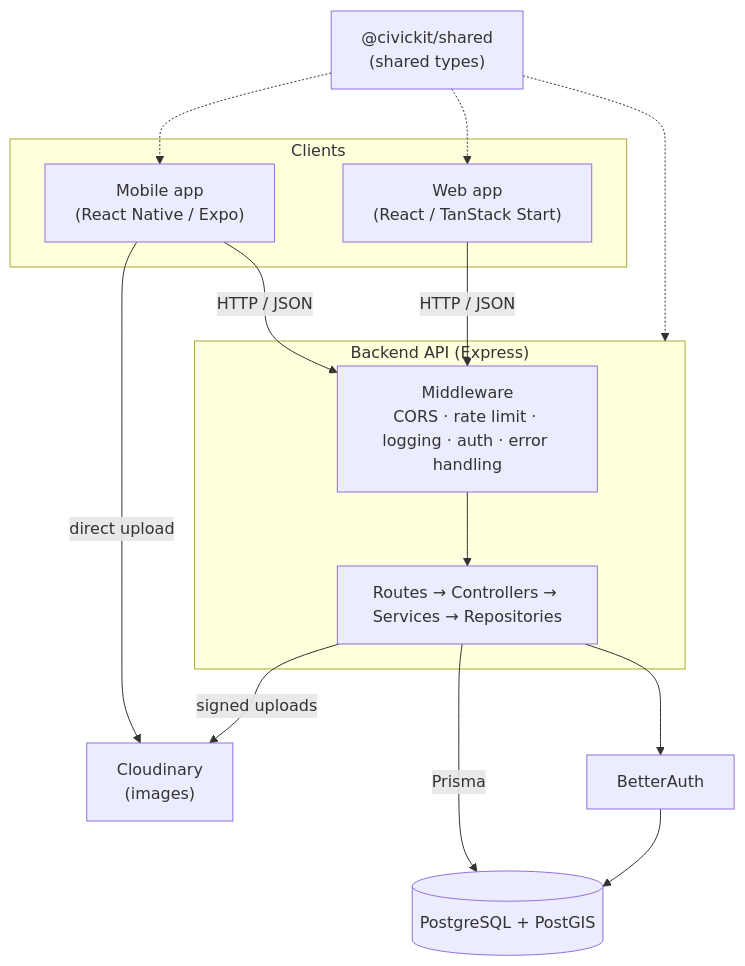
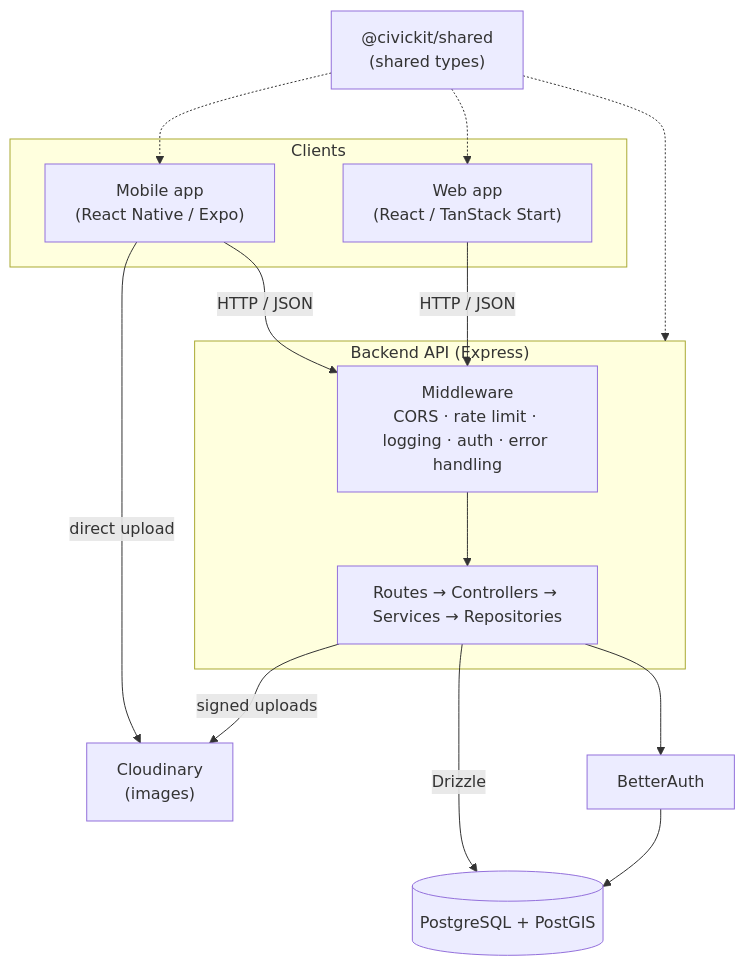
The first of 3 diagrams in docs/ARCHITECTURE.md (oss-slu/civickit), drawn with Mermaid before and after one commit. The commit also changed other lines of this file and 1 other file, not shown here.

First line of the commit message:
docs: point the architecture and setup docs at Drizzle

````diff
--- a/docs/ARCHITECTURE.md
+++ b/docs/ARCHITECTURE.md
@@ -26,31 +26,31 @@
 ```mermaid
 flowchart TD
     subgraph Clients
         M["Mobile app<br/>(React Native / Expo)"]
         W["Web app<br/>(React / TanStack Start)"]
     end
 
     S["@civickit/shared<br/>(shared types)"]
 
     subgraph API["Backend API (Express)"]
         MW["Middleware<br/>CORS · rate limit · logging · auth · error handling"]
         R["Routes → Controllers → Services → Repositories"]
     end
 
     DB[("PostgreSQL + PostGIS")]
     CL["Cloudinary<br/>(images)"]
     BA["BetterAuth"]
 
     M -->|HTTP / JSON| MW
     W -->|HTTP / JSON| MW
     MW --> R
-    R -->|Prisma| DB
+    R -->|Drizzle| DB
     R --> BA
     BA --> DB
     M -->|direct upload| CL
     R -->|signed uploads| CL
 
     S -.-> M
     S -.-> W
     S -.-> API
 ```
````
